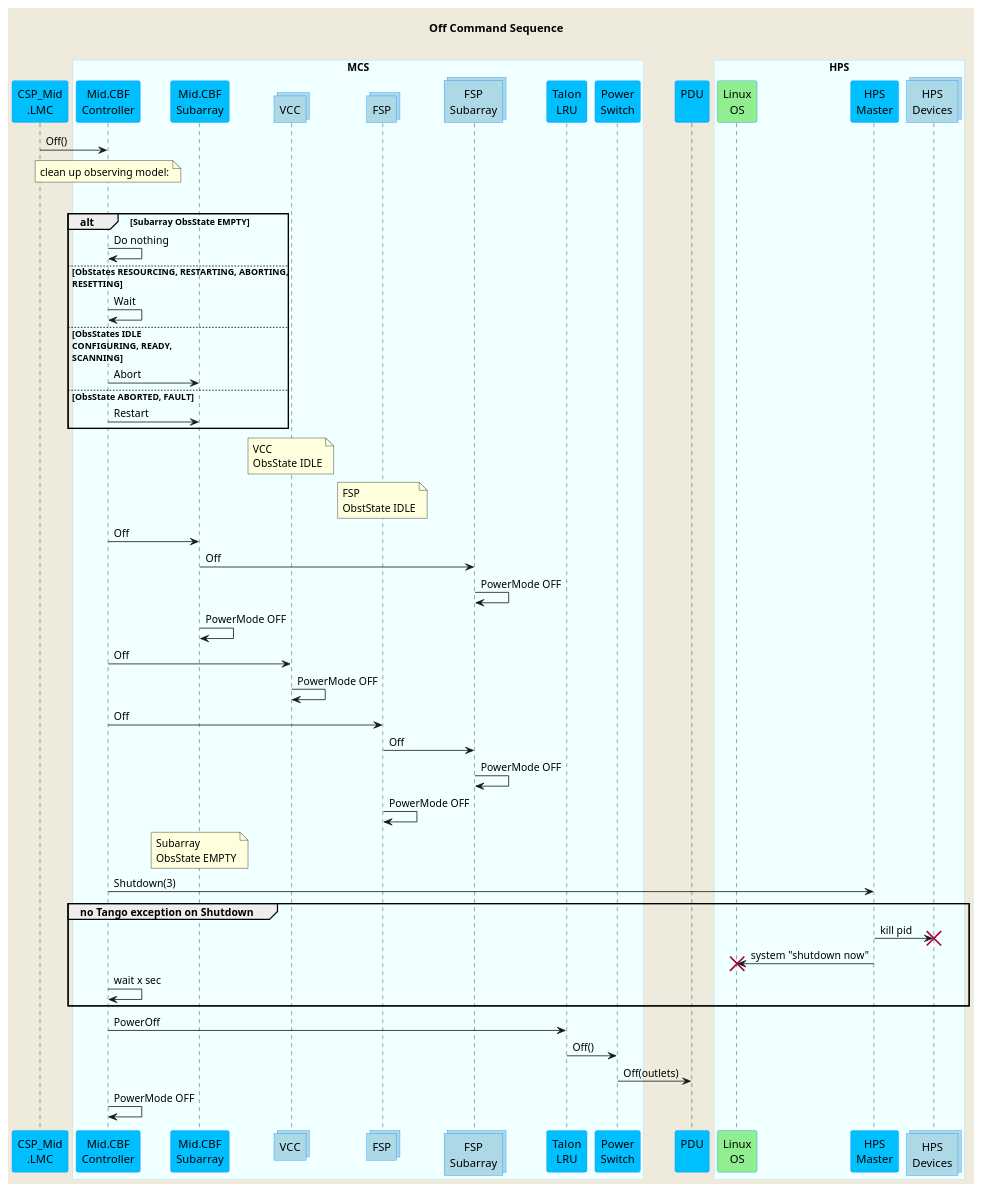
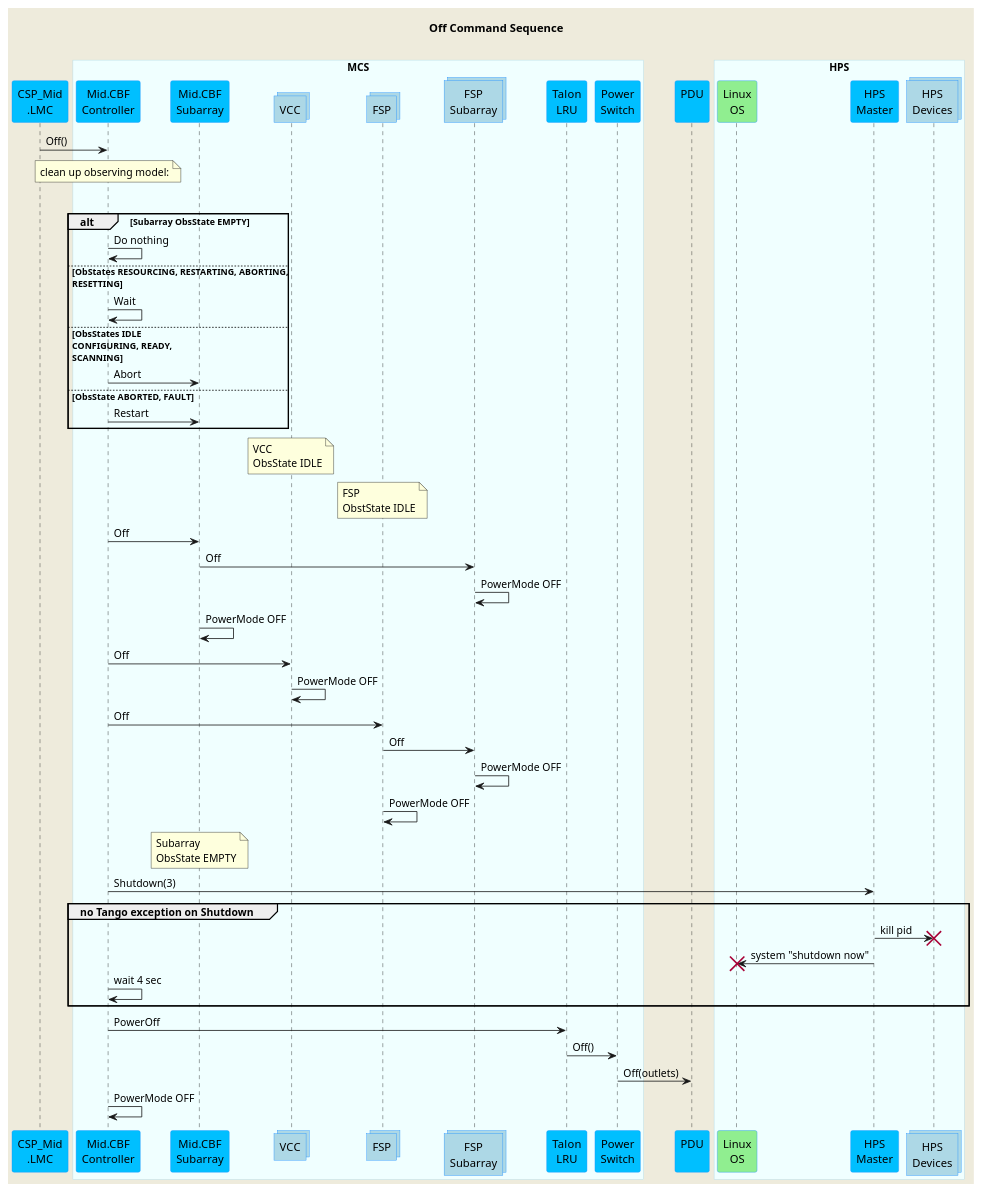
One commit to ska-telescope/mid-cbf-mcs changed the diagram in docs/src/diagrams/off-command-sequence.puml. Above: the diagram before and after it, drawn with PlantUML.

Commit message:
CIP-1673 Update off sequence diagram in docs

```diff
--- a/docs/src/diagrams/off-command-sequence.puml
+++ b/docs/src/diagrams/off-command-sequence.puml
@@ -1,77 +1,77 @@
 @startuml
 'https://plantuml.com/sequence-diagram
 skinparam backgroundColor #EEEBDC
 skinparam sequence {
 ParticipantBorderColor DodgerBlue
 ParticipantBackgroundColor DeepSkyBlue
 ActorBorderColor DarkGreen
 ActorBackgroundColor Green
 BoxBorderColor LightBlue
 BoxBackgroundColor #F0FFFF
 }
 skinparam collections {
   BackGroundColor LightBlue
   BorderColor DodgerBlue
 }
 skinparam database {
   BackgroundColor LightGreen
   BorderColor DarkGreen
 }
 title Off Command Sequence\n
 participant "CSP_Mid\n.LMC" as lmc
 box "MCS"
 participant "Mid.CBF\nController" as controller
 participant "Mid.CBF\nSubarray" as subarray
 collections "VCC" as vcc
 collections "FSP" as fsp
 collections "FSP\nSubarray" as fspsubarray
 participant "Talon\nLRU" as lru
 participant "Power\nSwitch" as switch
 end box
 participant "PDU\n" as pdu
 box "HPS"
 participant "Linux\nOS" as os #LightGreen
 participant "HPS\nMaster" as hpsmaster
 collections "HPS\nDevices" as hpsdevices
 end box
 lmc        ->  controller    : Off()
 
 note over controller         : clean up observing model:
 
 loop until Subarray ObsState EMPTY or time exceeded
 alt Subarray ObsState EMPTY
 controller -> controller : Do nothing
 else ObStates RESOURCING, RESTARTING, ABORTING,\nRESETTING
 controller -> controller : Wait
 else ObsStates IDLE\nCONFIGURING, READY,\nSCANNING
 controller -> subarray   : Abort
 else ObsState ABORTED, FAULT
 controller -> subarray   : Restart
 end loop
 note over vcc            : VCC\nObsState IDLE
 note over fsp            : FSP\nObstState IDLE
 
 controller ->  subarray      : Off
 subarray   ->  fspsubarray   : Off
 fspsubarray->  fspsubarray   : PowerMode OFF
 subarray   ->  subarray      : PowerMode OFF
 controller ->  vcc           : Off
 vcc        ->  vcc           : PowerMode OFF
 controller ->  fsp           : Off
 fsp        ->  fspsubarray   : Off
 fspsubarray->  fspsubarray   : PowerMode OFF
 fsp        ->  fsp           : PowerMode OFF
 
 note over subarray       : Subarray\nObsState EMPTY
 controller ->  hpsmaster     : Shutdown(3)
 group no Tango exception on Shutdown
 hpsmaster  ->  hpsdevices !! : kill pid
 hpsmaster  ->  os !!         : system "shutdown now"
-controller ->  controller    : wait x sec
+controller ->  controller    : wait 4 sec
 end group
 controller ->  lru           : PowerOff
 lru        ->  switch        : Off()
 switch     ->  pdu           : Off(outlets)
 
 controller ->  controller    : PowerMode OFF
 @enduml
```
